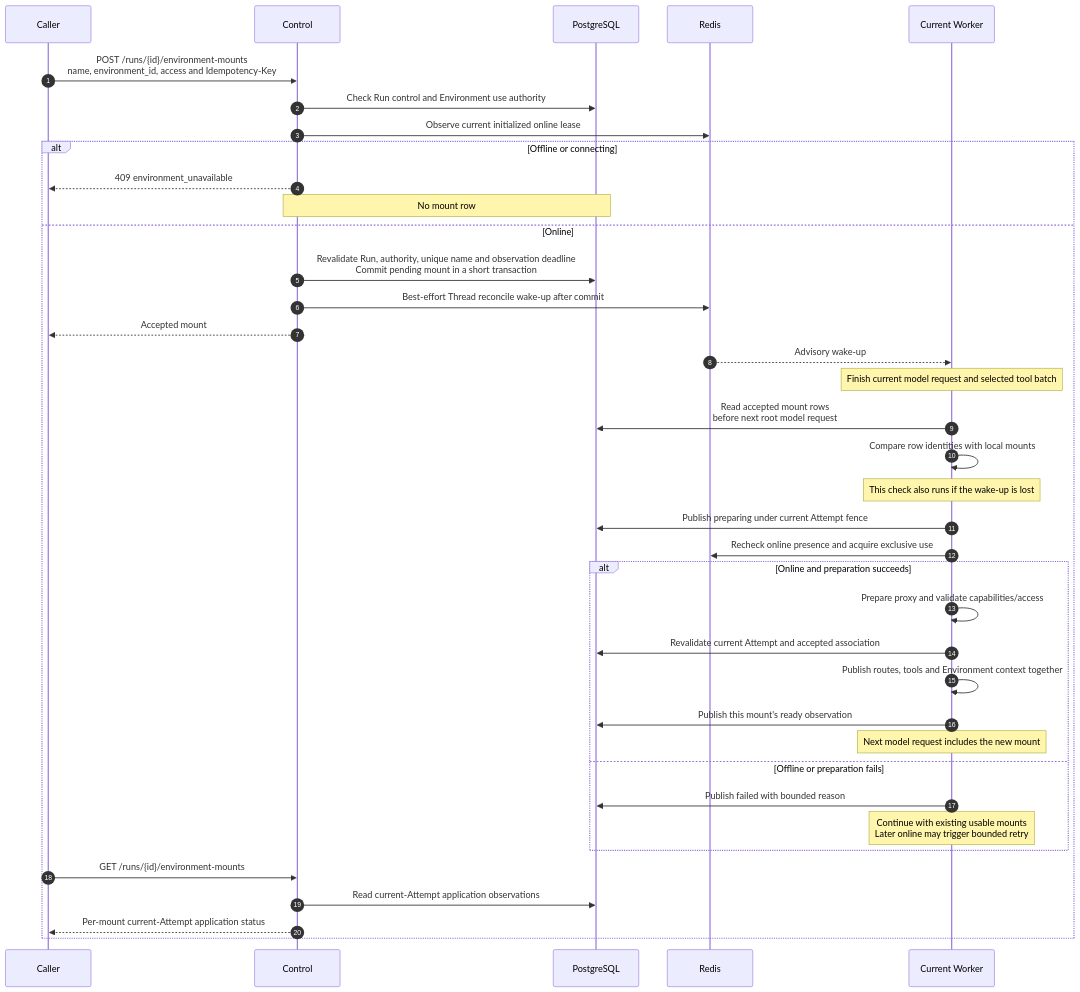
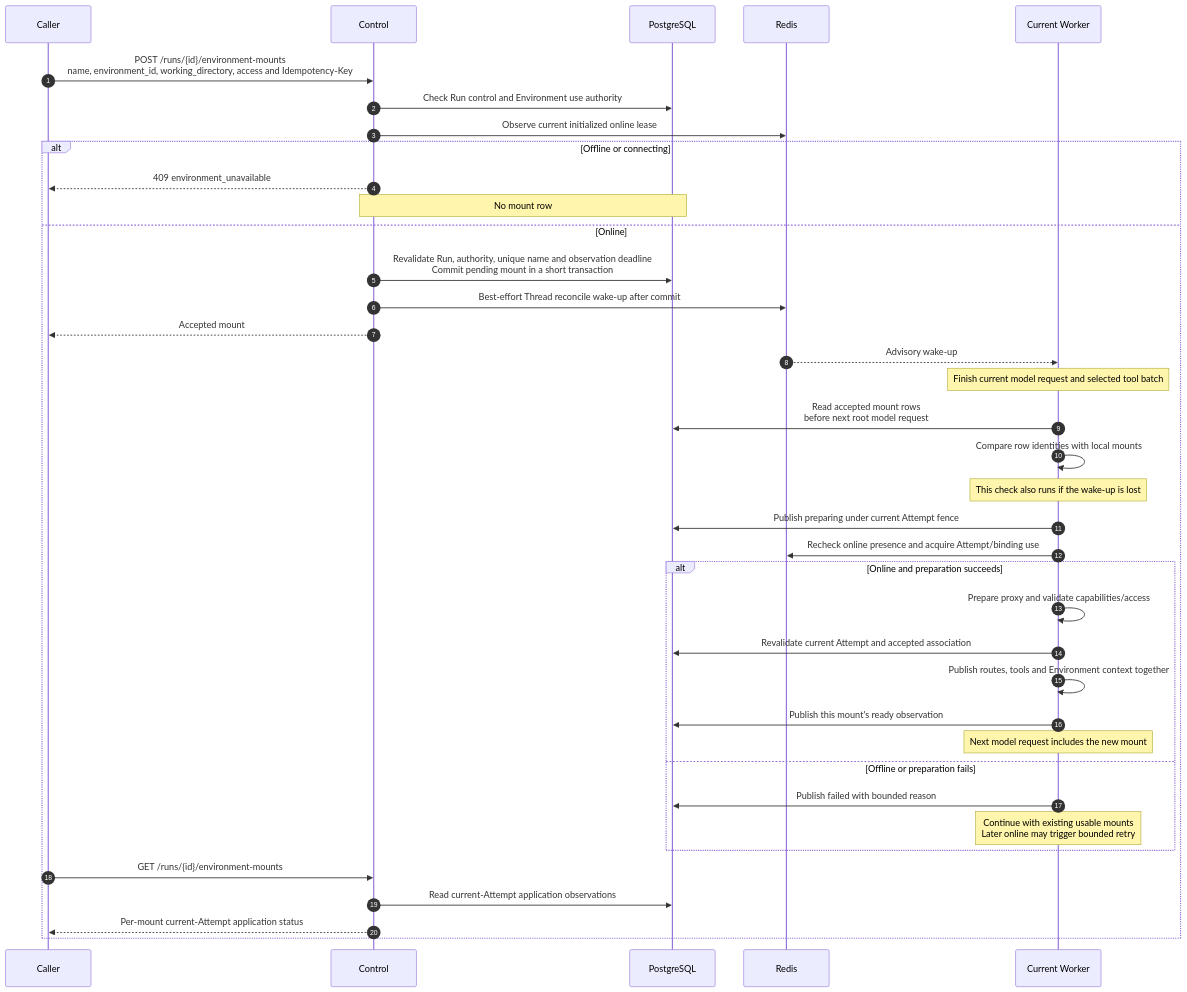
One commit to LTThreeComma/agent-foundation changed the fourth of 5 diagrams in spec/a13n-service/29a-websocket-environments-and-live-mounts.md. Above: the diagram before and after it, drawn with Mermaid. The commit also changed other lines of this file and 45 other files, not shown here.

````diff
--- a/spec/a13n-service/29a-websocket-environments-and-live-mounts.md
+++ b/spec/a13n-service/29a-websocket-environments-and-live-mounts.md
@@ -288,41 +288,41 @@
 ```mermaid
 sequenceDiagram
     autonumber
     participant Caller
     participant Control
     participant DB as PostgreSQL
     participant Redis
     participant Worker as Current Worker
 
-    Caller->>Control: POST /runs/{id}/environment-mounts<br/>name, environment_id, access and Idempotency-Key
+    Caller->>Control: POST /runs/{id}/environment-mounts<br/>name, environment_id, working_directory, access and Idempotency-Key
     Control->>DB: Check Run control and Environment use authority
     Control->>Redis: Observe current initialized online lease
     alt Offline or connecting
         Control-->>Caller: 409 environment_unavailable
         Note over Control,DB: No mount row
     else Online
         Control->>DB: Revalidate Run, authority, unique name and observation deadline<br/>Commit pending mount in a short transaction
         Control->>Redis: Best-effort Thread reconcile wake-up after commit
         Control-->>Caller: Accepted mount
         Redis-->>Worker: Advisory wake-up
         Note over Worker: Finish current model request and selected tool batch
         Worker->>DB: Read accepted mount rows<br/>before next root model request
         Worker->>Worker: Compare row identities with local mounts
         Note over Worker: This check also runs if the wake-up is lost
         Worker->>DB: Publish preparing under current Attempt fence
-        Worker->>Redis: Recheck online presence and acquire exclusive use
+        Worker->>Redis: Recheck online presence and acquire Attempt/binding use
         alt Online and preparation succeeds
             Worker->>Worker: Prepare proxy and validate capabilities/access
             Worker->>DB: Revalidate current Attempt and accepted association
             Worker->>Worker: Publish routes, tools and Environment context together
             Worker->>DB: Publish this mount's ready observation
             Note over Worker: Next model request includes the new mount
         else Offline or preparation fails
             Worker->>DB: Publish failed with bounded reason
             Note over Worker: Continue with existing usable mounts<br/>Later online may trigger bounded retry
         end
         Caller->>Control: GET /runs/{id}/environment-mounts
         Control->>DB: Read current-Attempt application observations
         Control-->>Caller: Per-mount current-Attempt application status
     end
 ```
````
